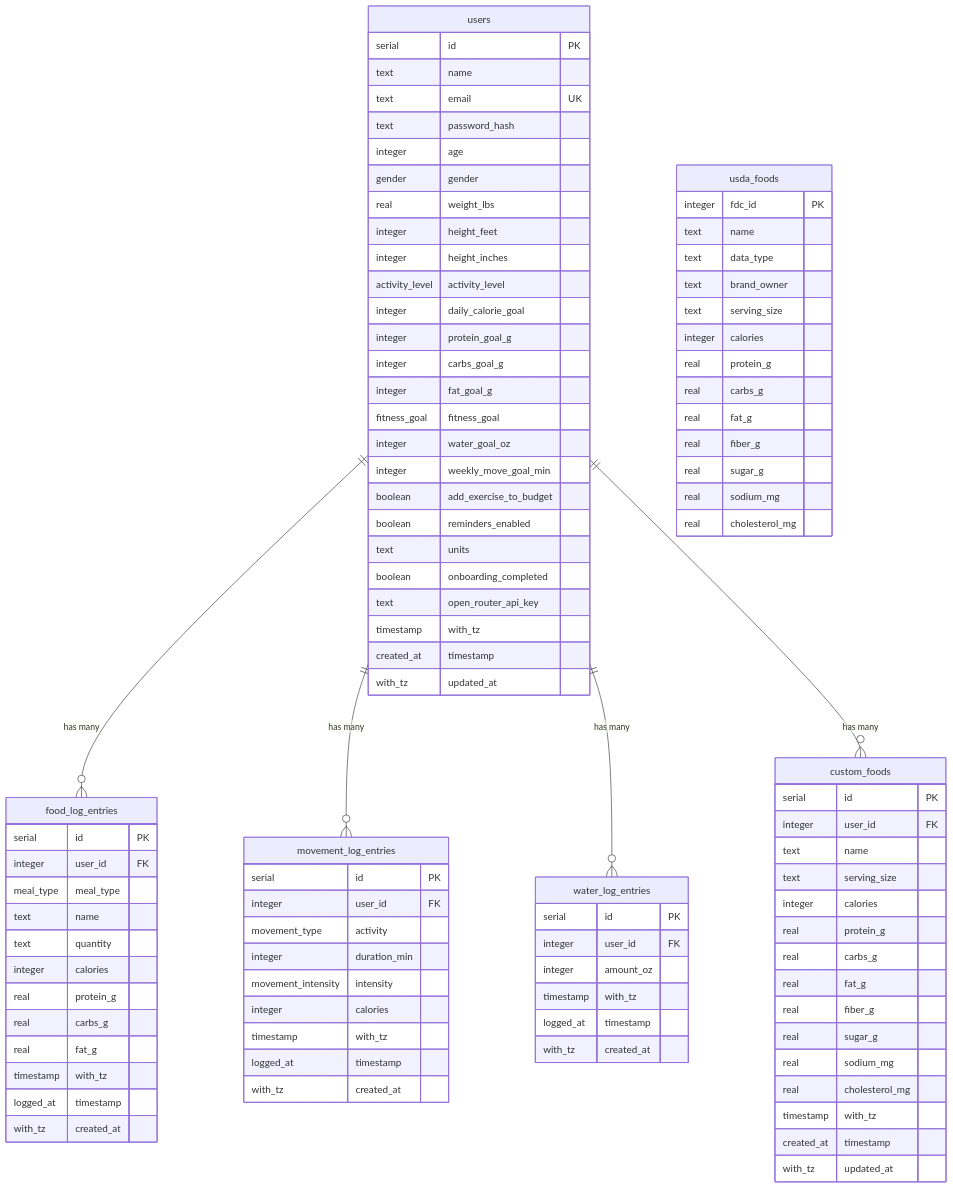
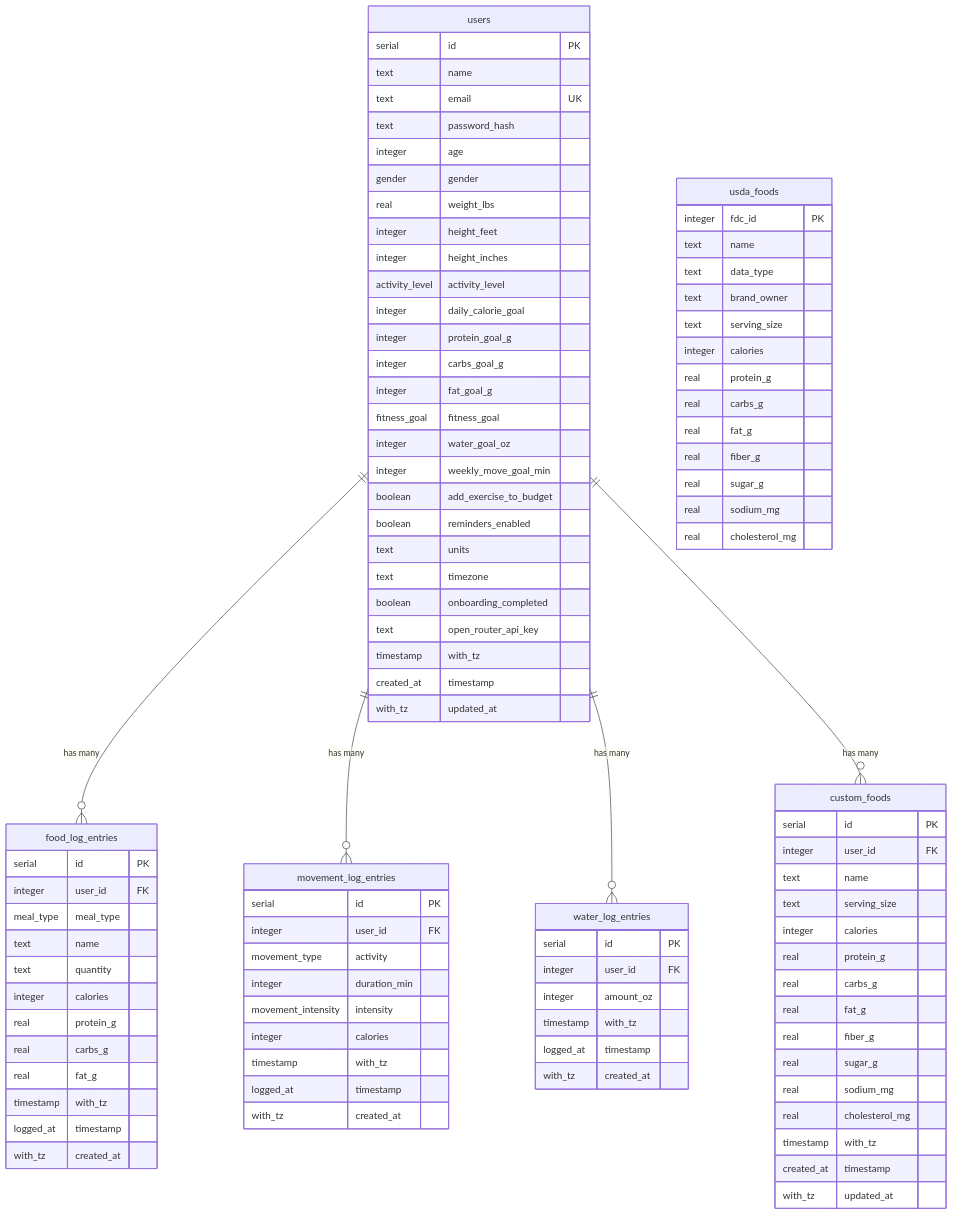
One commit to camman3d/sparknourish changed the diagram in PROJECT_STATUS.md. Above: the diagram before and after it, drawn with Mermaid. The commit also changed other lines of this file, not shown here.

Commit message:
Document timezone sensitivity in PROJECT_STATUS

```diff
--- a/PROJECT_STATUS.md
+++ b/PROJECT_STATUS.md
@@ -215,6 +215,7 @@
         boolean add_exercise_to_budget
         boolean reminders_enabled
         text units
+        text timezone
         boolean onboarding_completed
         text open_router_api_key
         timestamp with_tz created_at
```
